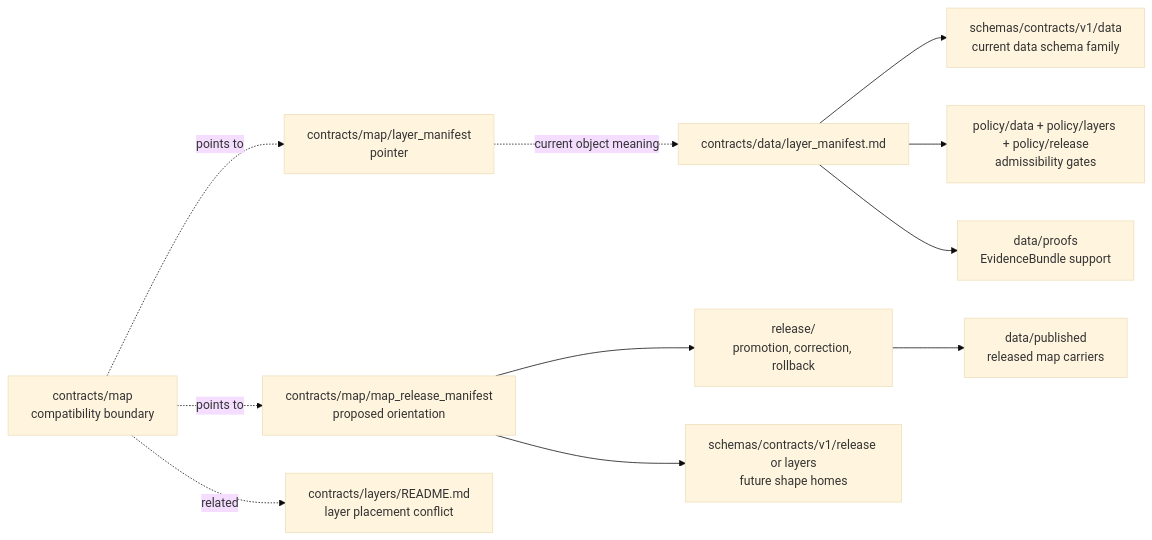
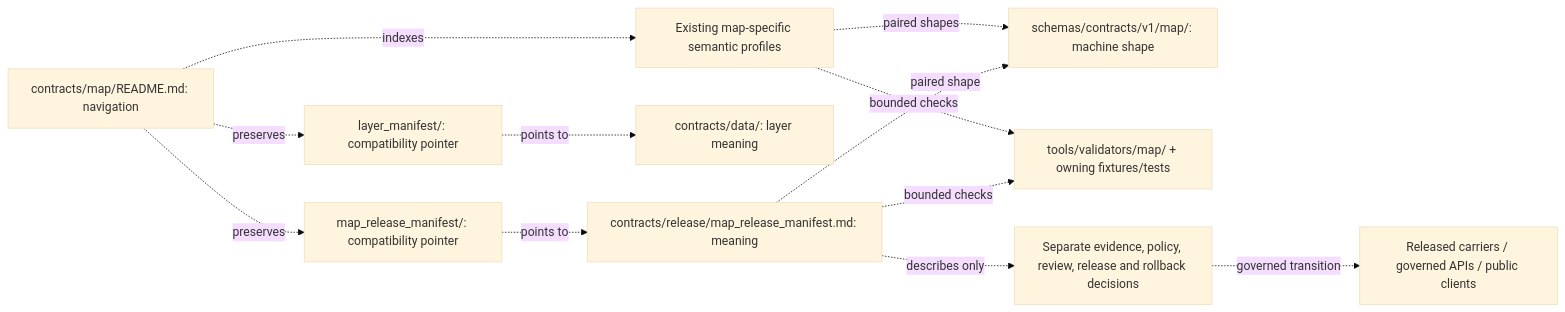
The diagram in contracts/map/README.md (bartytime4life/Kansas-Frontier-Matrix), drawn with Mermaid (base theme) before and after one commit. The commit also changed other lines of this file and 1 other file, not shown here.

First line of the commit message:
docs(map): reconcile contract inventory and compatibility boundaries

````diff
--- a/contracts/map/README.md
+++ b/contracts/map/README.md
@@ -160,13 +176,14 @@
 ```mermaid
 flowchart LR
-  mapRoot["contracts/map<br>compatibility boundary"] -. points to .-> layerPointer["contracts/map/layer_manifest<br>pointer"]
-  mapRoot -. points to .-> releasePointer["contracts/map/map_release_manifest<br>proposed orientation"]
-  layerPointer -. current object meaning .-> layerManifest["contracts/data/layer_manifest.md"]
-  layerManifest --> schemaData["schemas/contracts/v1/data<br>current data schema family"]
-  mapRoot -. related .-> layersRoot["contracts/layers/README.md<br>layer placement conflict"]
-  releasePointer --> releaseRoot["release/<br>promotion, correction, rollback"]
-  releasePointer --> releaseSchema["schemas/contracts/v1/release or layers<br>future shape homes"]
-  layerManifest --> policy["policy/data + policy/layers + policy/release<br>admissibility gates"]
-  layerManifest --> proofs["data/proofs<br>EvidenceBundle support"]
-  releaseRoot --> published["data/published<br>released map carriers"]
+  INDEX["contracts/map/README.md: navigation"] -. indexes .-> PROFILES["Existing map-specific semantic profiles"]
+  INDEX -. preserves .-> LP["layer_manifest/: compatibility pointer"]
+  INDEX -. preserves .-> RP["map_release_manifest/: compatibility pointer"]
+  LP -. points to .-> LAYER["contracts/data/: layer meaning"]
+  RP -. points to .-> RELEASE["contracts/release/map_release_manifest.md: meaning"]
+  PROFILES -. paired shapes .-> SHAPE["schemas/contracts/v1/map/: machine shape"]
+  RELEASE -. paired shape .-> SHAPE
+  PROFILES -. bounded checks .-> CHECKS["tools/validators/map/ + owning fixtures/tests"]
+  RELEASE -. bounded checks .-> CHECKS
+  RELEASE -. describes only .-> GATE["Separate evidence, policy, review, release and rollback decisions"]
+  GATE -. governed transition .-> PUBLIC["Released carriers / governed APIs / public clients"]
 ```
````
